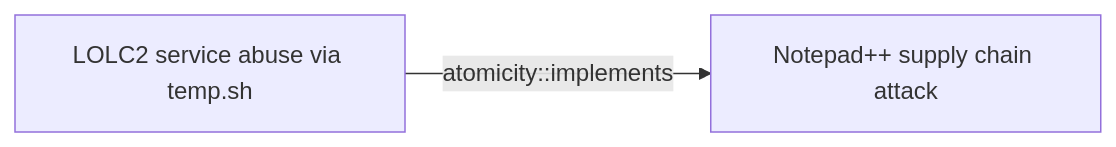
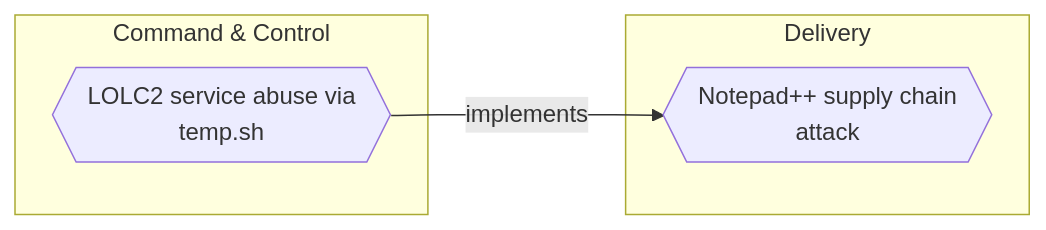
Before and after one commit to opentidehq/library: the first of 2 diagrams in docs/threats/lolc2-service-abuse-via-temp-sh.md, drawn with Mermaid. The commit also changed other lines of this file and 540 other files, not shown here.

````diff
--- a/docs/threats/lolc2-service-abuse-via-temp-sh.md
+++ b/docs/threats/lolc2-service-abuse-via-temp-sh.md
@@ -330,6 +333,10 @@
 ```mermaid
 flowchart LR
-bf30d882_9b96_403a_9a47_83a2981fc526["LOLC2 service abuse via temp.sh"]
-8b7cae6f_b6cf_4414_9cdc_fe8c8ee7ee22["Notepad++ supply chain attack"]
-bf30d882_9b96_403a_9a47_83a2981fc526 -->|atomicity::implements| 8b7cae6f_b6cf_4414_9cdc_fe8c8ee7ee22
+subgraph "Command & Control"
+bf30d882_9b96_403a_9a47_83a2981fc526{{"LOLC2 service abuse via<br>temp.sh"}}
+end
+subgraph "Delivery"
+8b7cae6f_b6cf_4414_9cdc_fe8c8ee7ee22{{"Notepad++ supply chain<br>attack"}}
+end
+bf30d882_9b96_403a_9a47_83a2981fc526 -->|implements| 8b7cae6f_b6cf_4414_9cdc_fe8c8ee7ee22
 ```
````
